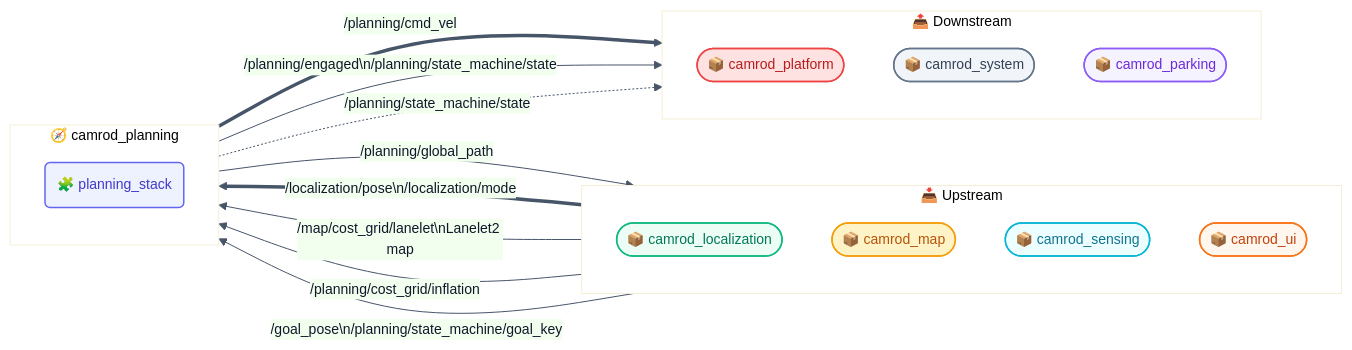
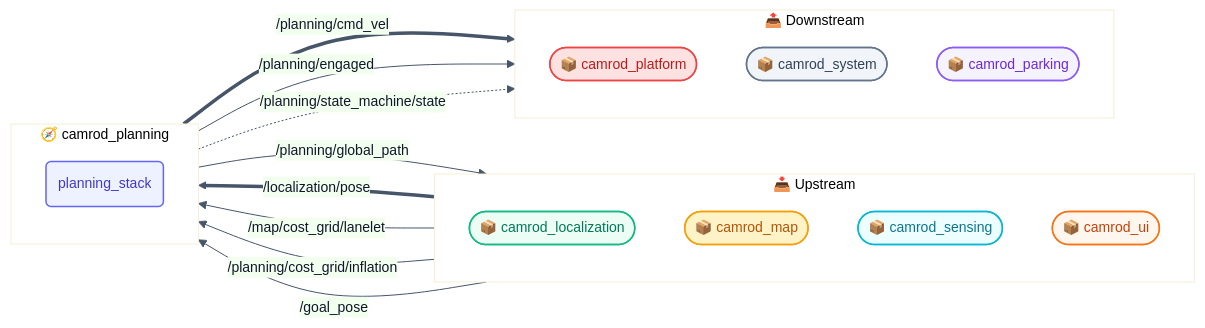
The first of 4 diagrams in camrod_planning/README.md (hwanhonglee/CAMROD), drawn with Mermaid before and after one commit. The commit also changed other lines of this file and 11 other files, not shown here.

First line of the commit message:
docs: fix Mermaid syntax errors and reduce emoji overuse in all READMEs

````diff
--- a/camrod_planning/README.md
+++ b/camrod_planning/README.md
@@ -42,53 +42,53 @@
 ```mermaid
 %%{init: {'theme': 'base', 'themeVariables': {'fontFamily': 'ui-sans-serif, system-ui, sans-serif', 'fontSize': '14px', 'primaryColor': '#EEF2FF', 'primaryTextColor': '#0F172A', 'primaryBorderColor': '#6366F1', 'lineColor': '#475569'}, 'flowchart': {'curve': 'basis', 'htmlLabels': true, 'padding': 12}}}%%
 graph LR
   classDef sensing      fill:#ECFEFF,stroke:#06B6D4,stroke-width:1.5px,color:#0E7490;
   classDef localization fill:#ECFDF5,stroke:#10B981,stroke-width:1.5px,color:#047857;
   classDef mapping      fill:#FEF3C7,stroke:#F59E0B,stroke-width:1.5px,color:#B45309;
   classDef perception   fill:#FCE7F3,stroke:#EC4899,stroke-width:1.5px,color:#9D174D;
   classDef planning     fill:#EEF2FF,stroke:#6366F1,stroke-width:1.5px,color:#4338CA;
   classDef platform     fill:#FEE2E2,stroke:#EF4444,stroke-width:1.5px,color:#B91C1C;
   classDef parking      fill:#F5F3FF,stroke:#8B5CF6,stroke-width:1.5px,color:#6D28D9;
   classDef system       fill:#F1F5F9,stroke:#64748B,stroke-width:1.5px,color:#334155;
   classDef ui           fill:#FFF7ED,stroke:#F97316,stroke-width:1.5px,color:#C2410C;
   classDef topic        fill:#F8FAFC,stroke:#94A3B8,stroke-width:1px,color:#475569,font-style:italic;
 
   subgraph UP ["📥 Upstream"]
     direction TB
     LOC([📦 camrod_localization])
     MAP([📦 camrod_map])
     SENS([📦 camrod_sensing])
     UI([📦 camrod_ui])
   end
 
   subgraph PLAN_PKG ["🧭 camrod_planning"]
     direction TB
-    PLAN(🧩 planning_stack)
+    PLAN(planning_stack)
   end
 
   subgraph DOWN ["📤 Downstream"]
     direction TB
     PLAT([📦 camrod_platform])
     SYS([📦 camrod_system])
     PARK([📦 camrod_parking])
   end
 
-  LOC ==>|"`/localization/pose\n/localization/mode`"| PLAN
-  MAP -->|"`/map/cost_grid/lanelet\nLanelet2 map`"| PLAN
-  SENS -->|"`/planning/cost_grid/inflation`"| PLAN
-  UI -->|"`/goal_pose\n/planning/state_machine/goal_key`"| PLAN
+  LOC ==>|/localization/pose| PLAN
+  MAP -->|/map/cost_grid/lanelet| PLAN
+  SENS -->|/planning/cost_grid/inflation| PLAN
+  UI -->|/goal_pose| PLAN
 
-  PLAN ==>|"`/planning/cmd_vel`"| PLAT
-  PLAN -->|"`/planning/engaged\n/planning/state_machine/state`"| SYS
-  PLAN -->|"`/planning/global_path`"| MAP
-  PLAN -.->|"`/planning/state_machine/state`"| PARK
+  PLAN ==>|/planning/cmd_vel| PLAT
+  PLAN -->|/planning/engaged| SYS
+  PLAN -->|/planning/global_path| MAP
+  PLAN -.->|/planning/state_machine/state| PARK
 
   class LOC localization
   class MAP mapping
   class SENS sensing
   class UI ui
   class PLAN planning
   class PLAT platform
   class SYS system
   class PARK parking
 ```
````
